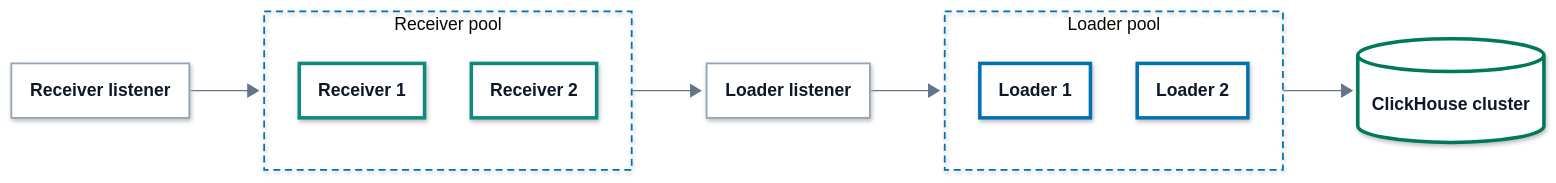
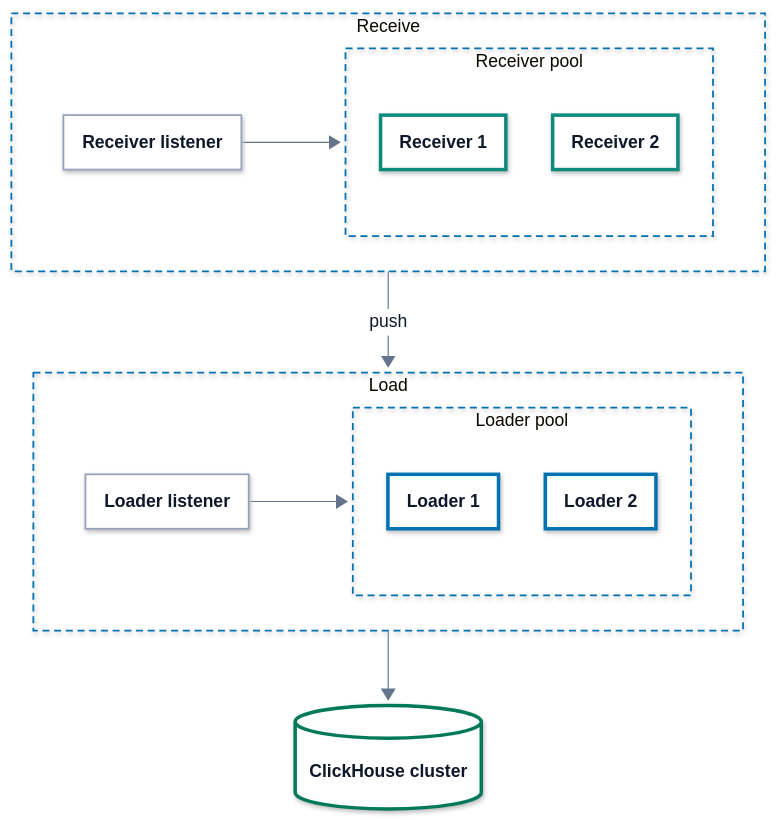
One commit to hyperi-io/dfe-engine changed the second of 2 diagrams in docs/deployment/transports.md. Above: the diagram before and after it, drawn with Mermaid. The commit also changed 30 other files, not shown here.

First line of the commit message:
docs(architecture): engine page to the standard, diagrams to 860 px

````diff
--- a/docs/deployment/transports.md
+++ b/docs/deployment/transports.md
@@ -176,30 +176,40 @@
     .ui .label-icon{color:#D9480F}
     .ext .label-icon{color:#64748B}
 ---
-flowchart LR
+flowchart TB
   accTitle: L4 Detail -- Mesh pool listeners
   accDescr: Senders reach the receiver listener, which balances each request across the receiver pool. The receivers push to the loader listener, which balances across the loader pool, and the loaders write the ClickHouse cluster.
 
-  rlisten["<b>Receiver listener</b>"]
-
-  subgraph rpool["Receiver pool"]
-    r1["<b>Receiver 1</b>"]
-    r2["<b>Receiver 2</b>"]
+  subgraph recv["Receive"]
+    direction LR
+    rlisten["<b>Receiver listener</b>"]
+    subgraph rpool["Receiver pool"]
+      direction TB
+      r1["<b>Receiver 1</b>"]
+      r2["<b>Receiver 2</b>"]
+    end
+    rlisten --> rpool
   end
 
-  llisten["<b>Loader listener</b>"]
-
-  subgraph lpool["Loader pool"]
-    l1["<b>Loader 1</b>"]
-    l2["<b>Loader 2</b>"]
+  subgraph load["Load"]
+    direction LR
+    llisten["<b>Loader listener</b>"]
+    subgraph lpool["Loader pool"]
+      direction TB
+      l1["<b>Loader 1</b>"]
+      l2["<b>Loader 2</b>"]
+    end
+    llisten --> lpool
   end
 
   ch[("<b>ClickHouse cluster</b>")]
 
-  rlisten --> rpool
-  rpool --> llisten
-  llisten --> lpool
-  lpool --> ch
+  recv -->|push| load
+  load --> ch
+  class r1,r2 ingest
+  class l1,l2 load
+  class ch store
+  class rlisten,llisten part
   classDef ext fill:#F4F6F8,stroke:#94A3B8,stroke-width:1.5px,stroke-dasharray:5 4,color:#0F172A
   classDef ingest fill:#FFFFFF,stroke:#0E8A7D,stroke-width:3px,color:#0F172A
   classDef xform fill:#FFFFFF,stroke:#7B4FB0,stroke-width:3px,color:#0F172A
@@ -211,10 +221,8 @@
   classDef error fill:#FFFFFF,stroke:#C2410C,stroke-width:3px,color:#0F172A
   classDef control fill:#FFFFFF,stroke:#334155,stroke-width:3px,color:#0F172A
   classDef part fill:#FFFFFF,stroke:#94A3B8,stroke-width:1.5px,color:#0F172A
-  class r1,r2 ingest
-  class l1,l2 load
-  class ch store
-  class rlisten,llisten part
+  style recv fill:none,stroke:#0072B2,stroke-width:1.5px,stroke-dasharray:6 4
   style rpool fill:none,stroke:#0072B2,stroke-width:1.5px,stroke-dasharray:6 4
+  style load fill:none,stroke:#0072B2,stroke-width:1.5px,stroke-dasharray:6 4
   style lpool fill:none,stroke:#0072B2,stroke-width:1.5px,stroke-dasharray:6 4
 ```
````
